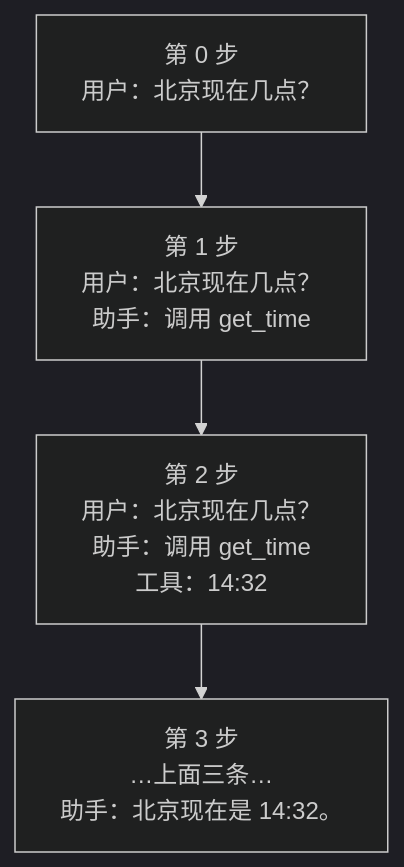
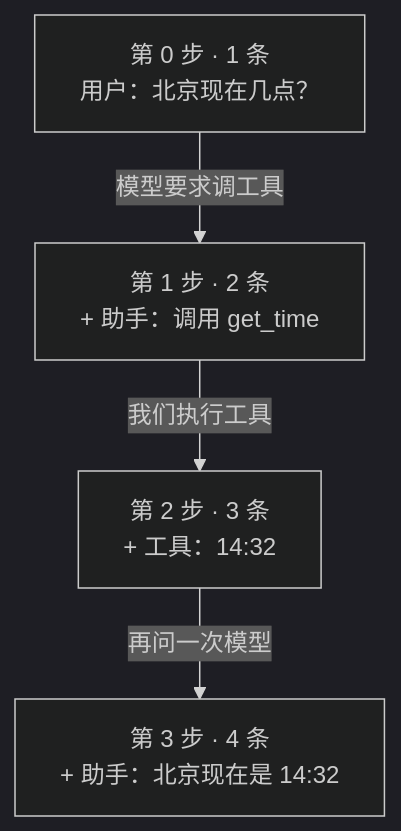
One commit to netbuddy/DeepTutor changed the fourth of 4 diagrams in courses/agent-from-scratch-python/chapters/zh/part1/1.md. Above: the diagram before and after it, drawn with Mermaid (dark theme). The commit also changed other lines of this file, not shown here.

````diff
--- a/courses/agent-from-scratch-python/chapters/zh/part1/1.md
+++ b/courses/agent-from-scratch-python/chapters/zh/part1/1.md
@@ -217,7 +315,7 @@
 ```mermaid
 flowchart TD
-    S0["第 0 步<br/>用户：北京现在几点？"] --> S1
-    S1["第 1 步<br/>用户：北京现在几点？<br/>助手：调用 get_time"] --> S2
-    S2["第 2 步<br/>用户：北京现在几点？<br/>助手：调用 get_time<br/>工具：14:32"] --> S3
-    S3["第 3 步<br/>…上面三条…<br/>助手：北京现在是 14:32。"]
+    S0["第 0 步 · 1 条<br/>用户：北京现在几点？"] -->|"模型要求调工具"| S1
+    S1["第 1 步 · 2 条<br/>+ 助手：调用 get_time"] -->|"我们执行工具"| S2
+    S2["第 2 步 · 3 条<br/>+ 工具：14:32"] -->|"再问一次模型"| S3
+    S3["第 3 步 · 4 条<br/>+ 助手：北京现在是 14:32"]
 ```
````
